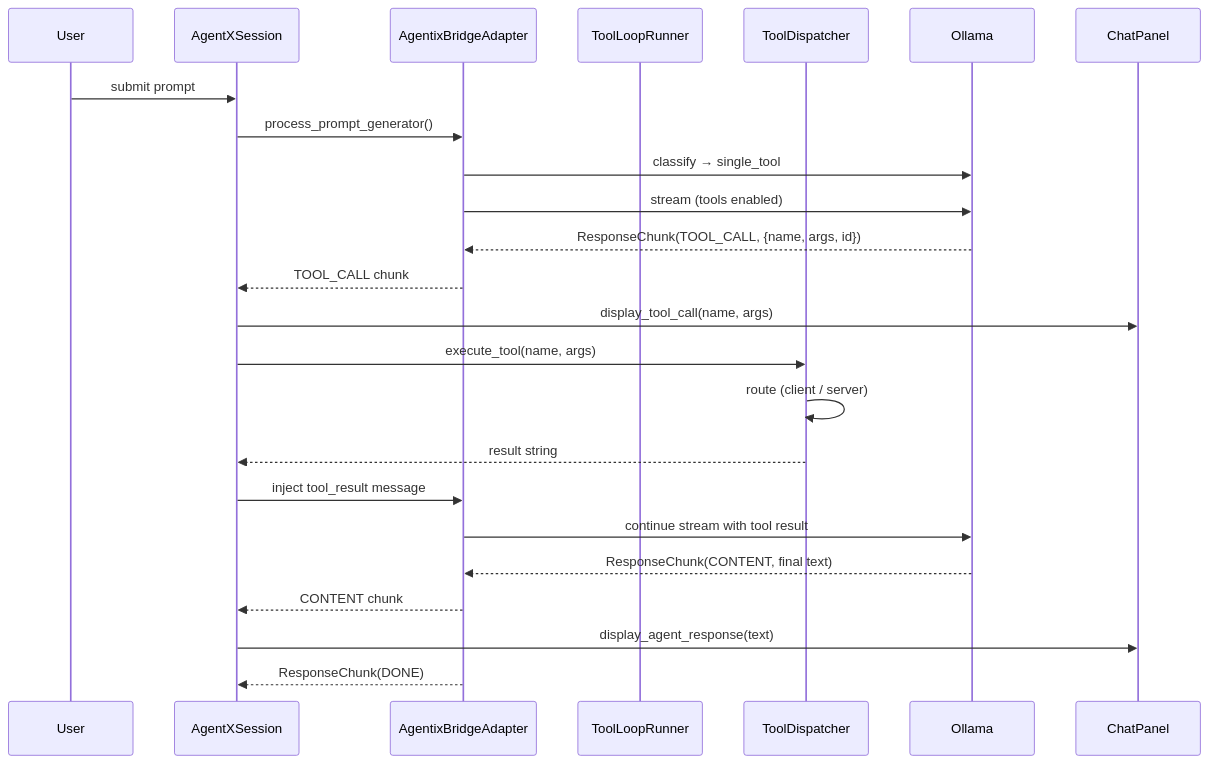
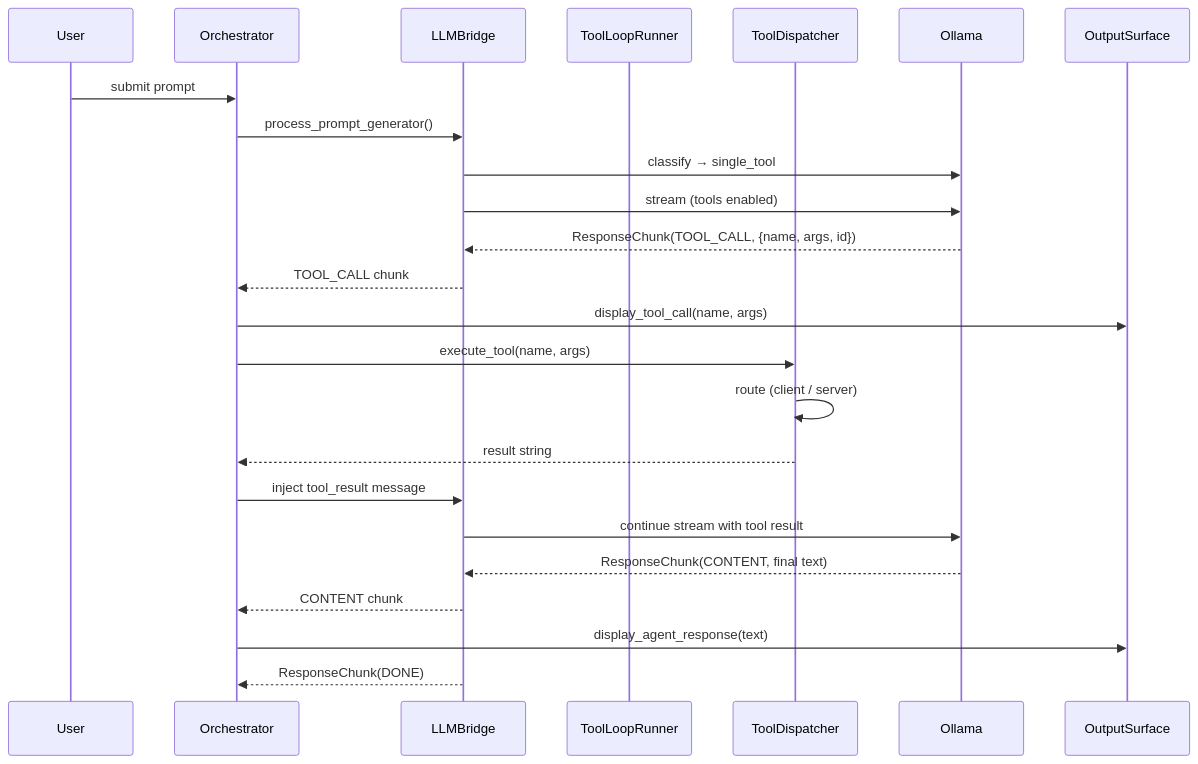
Before and after one commit to matthewapeters/agentX: the second of 14 diagrams in docs/ux/02_USER_FLOWS.md, drawn with Mermaid. The commit also changed other lines of this file and 336 other files, not shown here.

````diff
--- a/docs/ux/02_USER_FLOWS.md
+++ b/docs/ux/02_USER_FLOWS.md
@@ -52,27 +58,27 @@
 ```mermaid
 sequenceDiagram
     participant User
-    participant Session as AgentXSession
-    participant Bridge as AgentixBridgeAdapter
+    participant Session as Orchestrator
+    participant Bridge as LLMBridge
     participant ToolLoop as ToolLoopRunner
     participant ToolDisp as ToolDispatcher
     participant LLM as Ollama
-    participant Chat as ChatPanel
+    participant Chat as OutputSurface
 
     User->>Session: submit prompt
     Session->>Bridge: process_prompt_generator()
     Bridge->>LLM: classify → single_tool
     Bridge->>LLM: stream (tools enabled)
     LLM-->>Bridge: ResponseChunk(TOOL_CALL, {name, args, id})
     Bridge-->>Session: TOOL_CALL chunk
     Session->>Chat: display_tool_call(name, args)
     Session->>ToolDisp: execute_tool(name, args)
     ToolDisp->>ToolDisp: route (client / server)
     ToolDisp-->>Session: result string
     Session->>Bridge: inject tool_result message
     Bridge->>LLM: continue stream with tool result
     LLM-->>Bridge: ResponseChunk(CONTENT, final text)
     Bridge-->>Session: CONTENT chunk
     Session->>Chat: display_agent_response(text)
     Bridge-->>Session: ResponseChunk(DONE)
 ```
````
